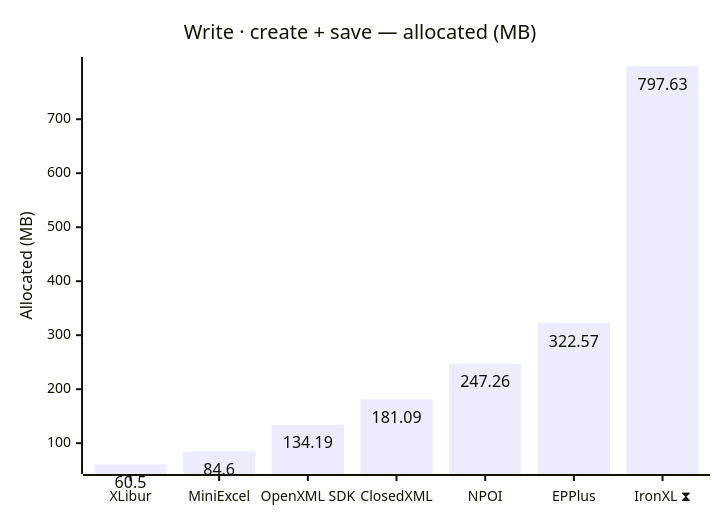
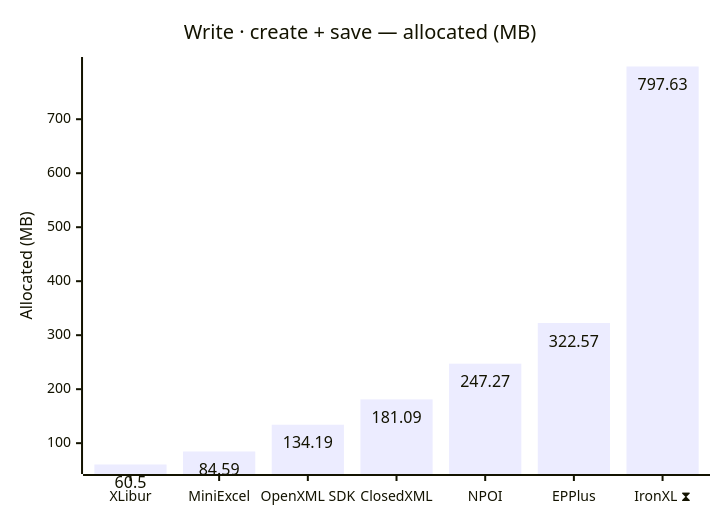
Before and after one commit to jafin/XLBench: the sixth of 12 diagrams in docs/results-ci.md, drawn with Mermaid. The commit also changed other lines of this file, not shown here.

````diff
--- a/docs/results-ci.md
+++ b/docs/results-ci.md
@@ -106,12 +106,12 @@
 ```mermaid
 ---
 config:
   xyChart:
     showDataLabel: true
 ---
 xychart-beta
     title "Write · create + save — allocated (MB)"
     x-axis ["XLibur", "MiniExcel", "OpenXML SDK", "ClosedXML", "NPOI", "EPPlus", "IronXL ⧗"]
     y-axis "Allocated (MB)"
-    bar [60.5, 84.6, 134.19, 181.09, 247.26, 322.57, 797.63]
+    bar [60.5, 84.59, 134.19, 181.09, 247.27, 322.57, 797.63]
 ```
````
